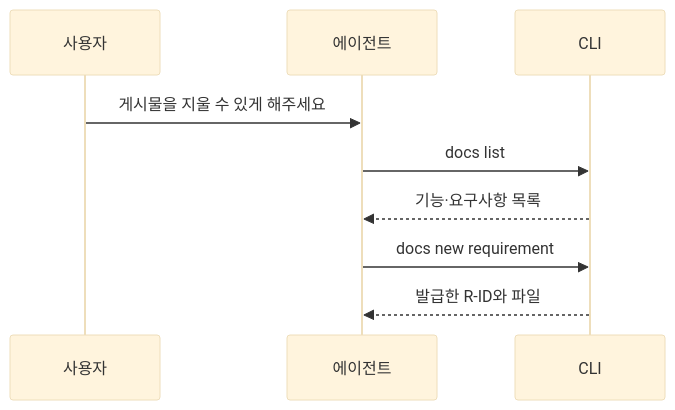
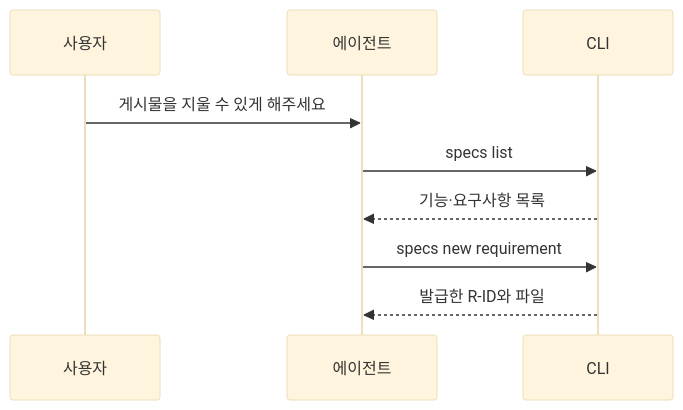
Before and after one commit to dev-goraebap/gitifact: the second of 2 diagrams in .gitifact/instructions/writing-docs/references/markdown-notation.md, drawn with Mermaid (base theme). The commit also changed 79 other files, not shown here.

````diff
--- a/.gitifact/instructions/writing-docs/references/markdown-notation.md
+++ b/.gitifact/instructions/writing-docs/references/markdown-notation.md
@@ -32,11 +32,11 @@
 ```mermaid
 sequenceDiagram
   participant 사용자
   participant 에이전트
   participant CLI
   사용자->>에이전트: 게시물을 지울 수 있게 해주세요
-  에이전트->>CLI: docs list
+  에이전트->>CLI: specs list
   CLI-->>에이전트: 기능·요구사항 목록
-  에이전트->>CLI: docs new requirement
+  에이전트->>CLI: specs new requirement
   CLI-->>에이전트: 발급한 R-ID와 파일
 ```
````
